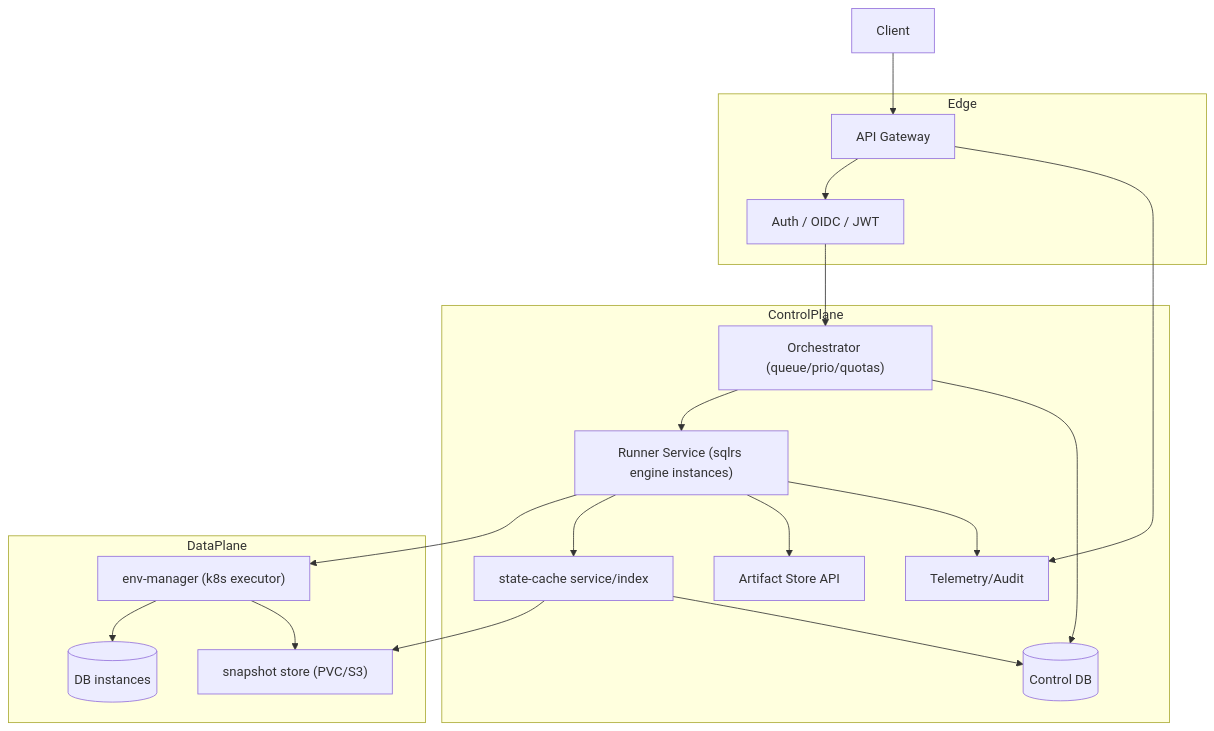
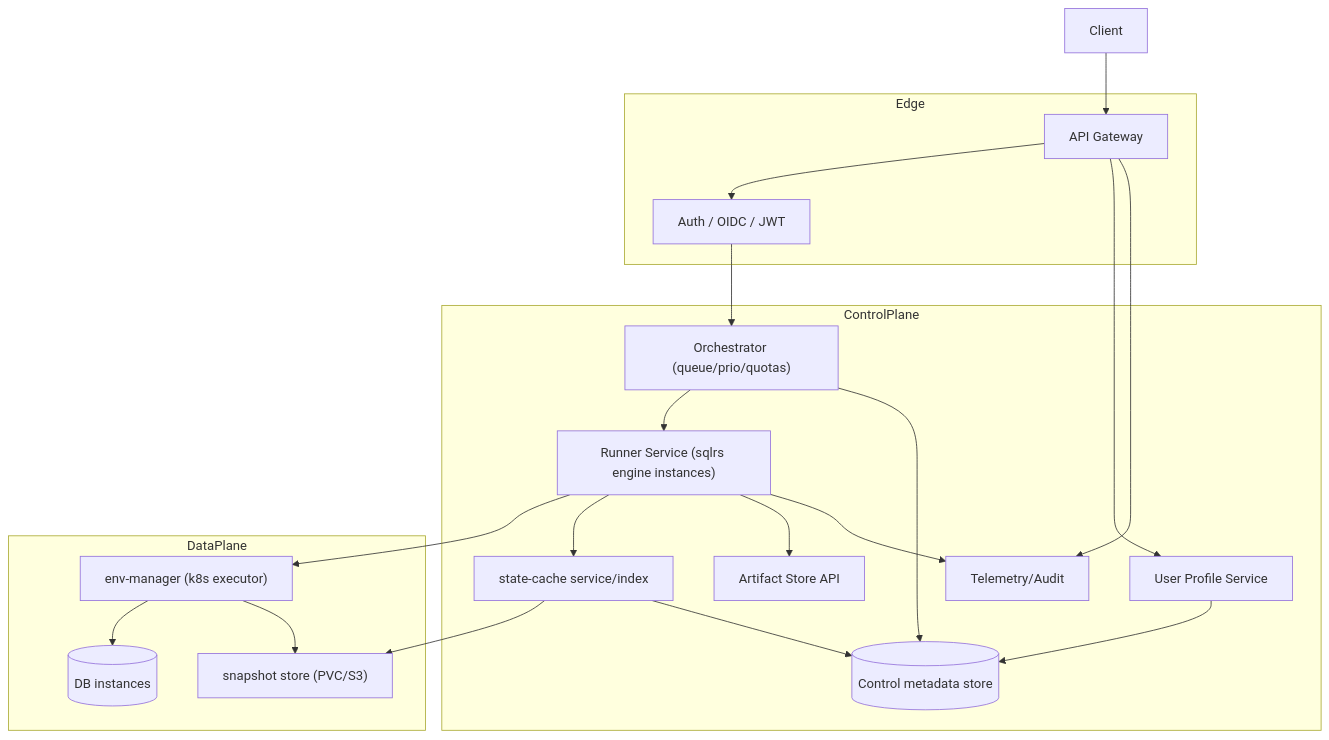
One commit to kimak-irmagi/taidon changed the diagram in docs/architecture/shared-deployment-architecture.RU.md. Above: the diagram before and after it, drawn with Mermaid. The commit also changed other lines of this file and 39 other files, not shown here.

````diff
--- a/docs/architecture/shared-deployment-architecture.RU.md
+++ b/docs/architecture/shared-deployment-architecture.RU.md
@@ -15,35 +15,38 @@
 ```mermaid
 flowchart TD
   subgraph Edge
     GW[API Gateway]
     AUTH["Auth / OIDC / JWT"]
   end
 
   subgraph ControlPlane
+    PROFILE["User Profile Service"]
     ORCH["Orchestrator (queue/prio/quotas)"]
     RUN["Runner Service (sqlrs engine instances)"]
     CACHE[state-cache service/index]
     ART[Artifact Store API]
     OBS[Telemetry/Audit]
-    META[(Control DB)]
+    META[(Control metadata store)]
   end
 
   subgraph DataPlane
     ENV["env-manager (k8s executor)"]
     SNAP["snapshot store (PVC/S3)"]
     PG[(DB instances)]
   end
 
   Client --> GW --> AUTH --> ORCH
+  GW --> PROFILE
+  PROFILE --> META
   ORCH --> RUN
   RUN --> ENV
   RUN --> CACHE
   RUN --> ART
   RUN --> OBS
   ENV --> PG
   ENV --> SNAP
   CACHE --> SNAP
   CACHE --> META
   ORCH --> META
   GW --> OBS
 ```
````
